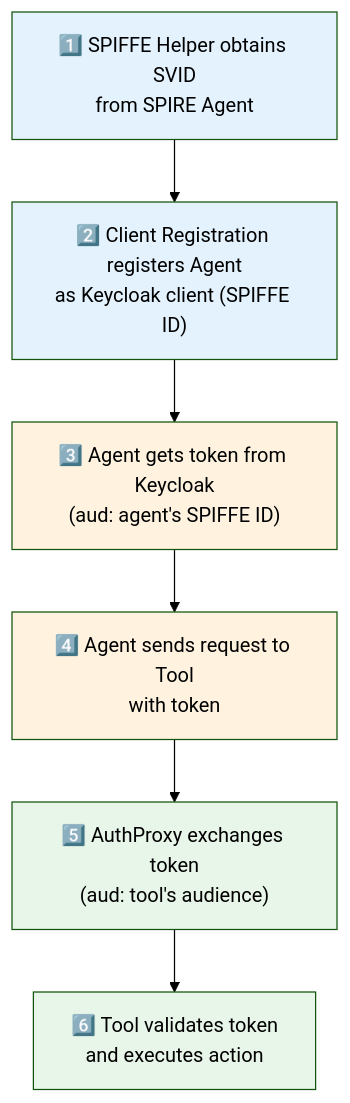
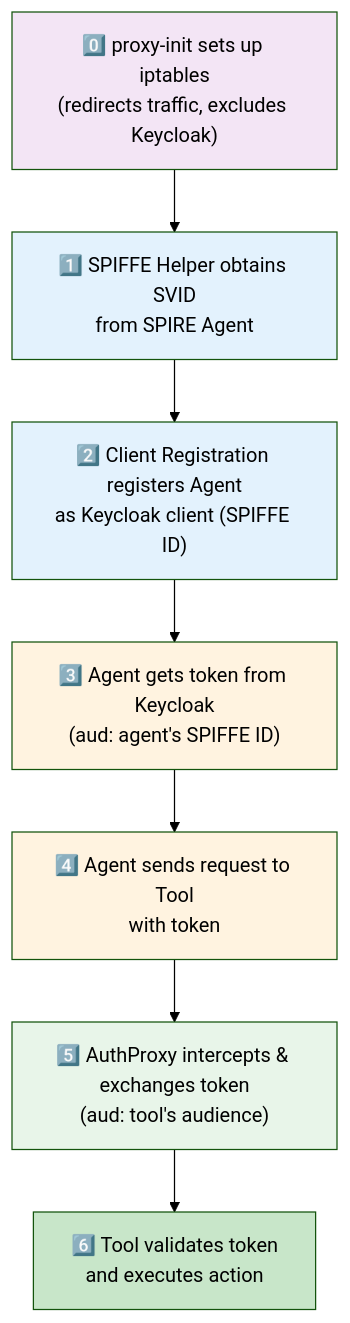
The third of 10 diagrams in AuthBridge/BLOG-agentic.md (mrsabath/kagenti-extensions), drawn with Mermaid (forest theme) before and after one commit. The commit also changed other lines of this file, not shown here.

````diff
--- a/AuthBridge/BLOG-agentic.md
+++ b/AuthBridge/BLOG-agentic.md
@@ -229,18 +230,20 @@
 ```mermaid
 flowchart TB
+    Step0["0️⃣ proxy-init sets up iptables<br/>(redirects traffic, excludes Keycloak)"]
     Step1["1️⃣ SPIFFE Helper obtains SVID<br/>from SPIRE Agent"]
     Step2["2️⃣ Client Registration registers Agent<br/>as Keycloak client (SPIFFE ID)"]
     Step3["3️⃣ Agent gets token from Keycloak<br/>(aud: agent's SPIFFE ID)"]
     Step4["4️⃣ Agent sends request to Tool<br/>with token"]
-    Step5["5️⃣ AuthProxy exchanges token<br/>(aud: tool's audience)"]
+    Step5["5️⃣ AuthProxy intercepts & exchanges token<br/>(aud: tool's audience)"]
     Step6["6️⃣ Tool validates token<br/>and executes action"]
     
-    Step1 --> Step2 --> Step3 --> Step4 --> Step5 --> Step6
+    Step0 --> Step1 --> Step2 --> Step3 --> Step4 --> Step5 --> Step6
     
+    style Step0 fill:#f3e5f5
     style Step1 fill:#e3f2fd
     style Step2 fill:#e3f2fd
     style Step3 fill:#fff3e0
     style Step4 fill:#fff3e0
     style Step5 fill:#e8f5e9
-    style Step6 fill:#e8f5e9
+    style Step6 fill:#c8e6c9
 ```
````
